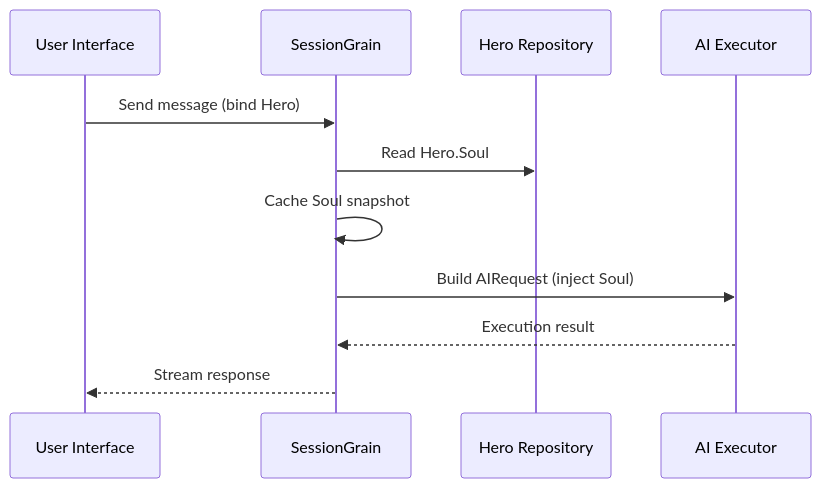
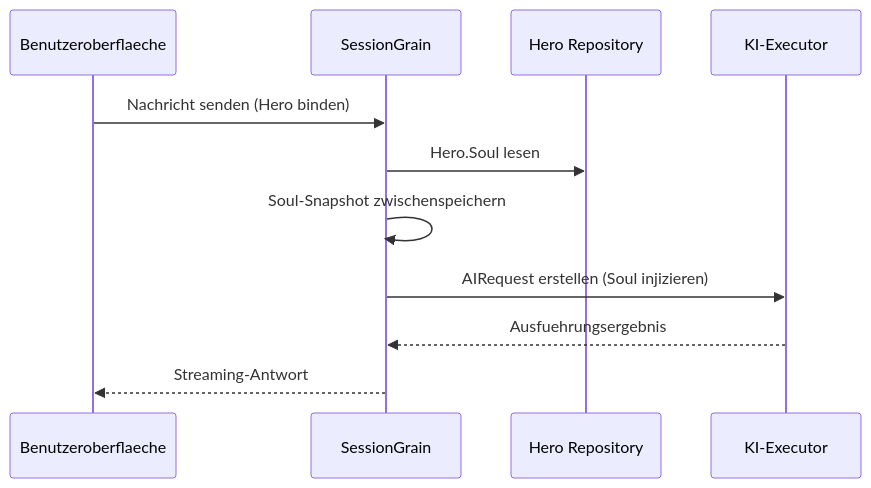
Before and after one commit to HagiCode-org/docs: the diagram in src/content/docs/de-DE/blog/2026-04-04-soul-token-optimization-classical-chinese.mdx, drawn with Mermaid. The commit also changed other lines of this file and 244 other files, not shown here.

````diff
--- a/src/content/docs/de-DE/blog/2026-04-04-soul-token-optimization-classical-chinese.mdx
+++ b/src/content/docs/de-DE/blog/2026-04-04-soul-token-optimization-classical-chinese.mdx
@@ -60,14 +60,14 @@
 ```mermaid
 sequenceDiagram
-    participant UI as User Interface
+    participant UI as Benutzeroberflaeche
     participant Session as SessionGrain
     participant Hero as Hero Repository
-    participant AI as AI Executor
+    participant AI as KI-Executor
 
-    UI->>Session: Send message (bind Hero)
-    Session->>Hero: Read Hero.Soul
-    Session->>Session: Cache Soul snapshot
-    Session->>AI: Build AIRequest (inject Soul)
-    AI-->>Session: Execution result
-    Session-->>UI: Stream response
+    UI->>Session: Nachricht senden (Hero binden)
+    Session->>Hero: Hero.Soul lesen
+    Session->>Session: Soul-Snapshot zwischenspeichern
+    Session->>AI: AIRequest erstellen (Soul injizieren)
+    AI-->>Session: Ausfuehrungsergebnis
+    Session-->>UI: Streaming-Antwort
 ```
````
